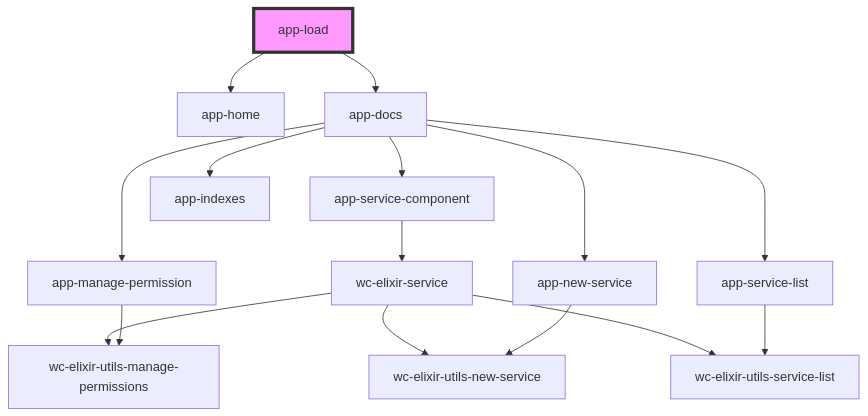
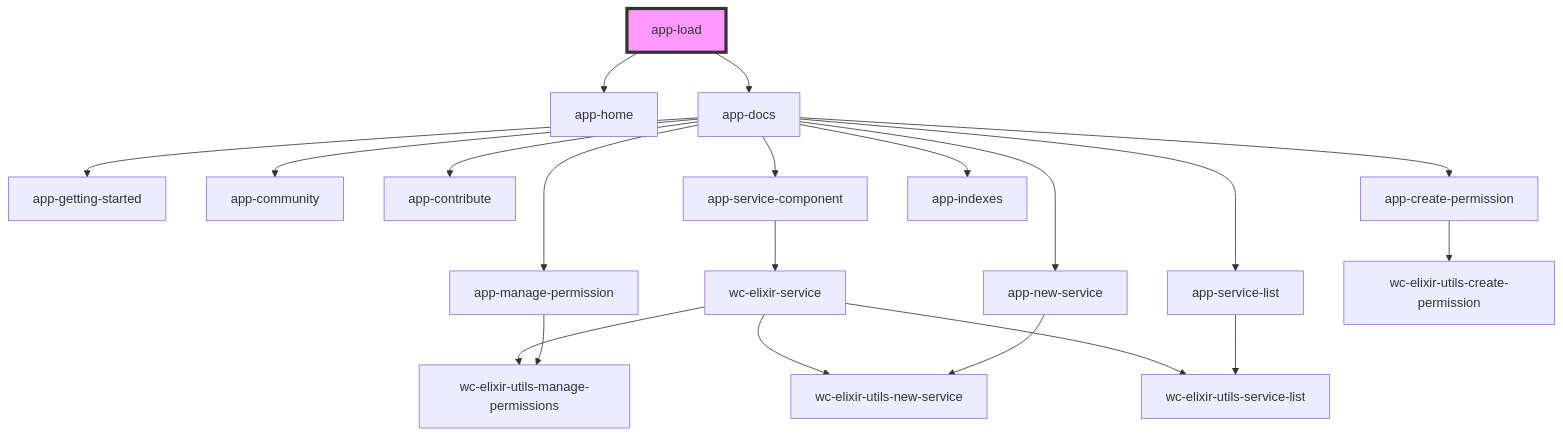
Before and after one commit to elixir-cloud-aai/web-components: the diagram in src/components/app-load/readme.md, drawn with Mermaid. The commit also changed 10 other files, not shown here.

````diff
--- a/src/components/app-load/readme.md
+++ b/src/components/app-load/readme.md
@@ -16,18 +16,23 @@
 ```mermaid
 graph TD;
   app-load --> app-home
   app-load --> app-docs
+  app-docs --> app-getting-started
+  app-docs --> app-community
+  app-docs --> app-contribute
   app-docs --> app-service-component
   app-docs --> app-service-list
   app-docs --> app-manage-permission
   app-docs --> app-new-service
+  app-docs --> app-create-permission
   app-docs --> app-indexes
   app-service-component --> wc-elixir-service
   wc-elixir-service --> wc-elixir-utils-manage-permissions
   wc-elixir-service --> wc-elixir-utils-new-service
   wc-elixir-service --> wc-elixir-utils-service-list
   app-service-list --> wc-elixir-utils-service-list
   app-manage-permission --> wc-elixir-utils-manage-permissions
   app-new-service --> wc-elixir-utils-new-service
+  app-create-permission --> wc-elixir-utils-create-permission
   style app-load fill:#f9f,stroke:#333,stroke-width:4px
 ```
````
